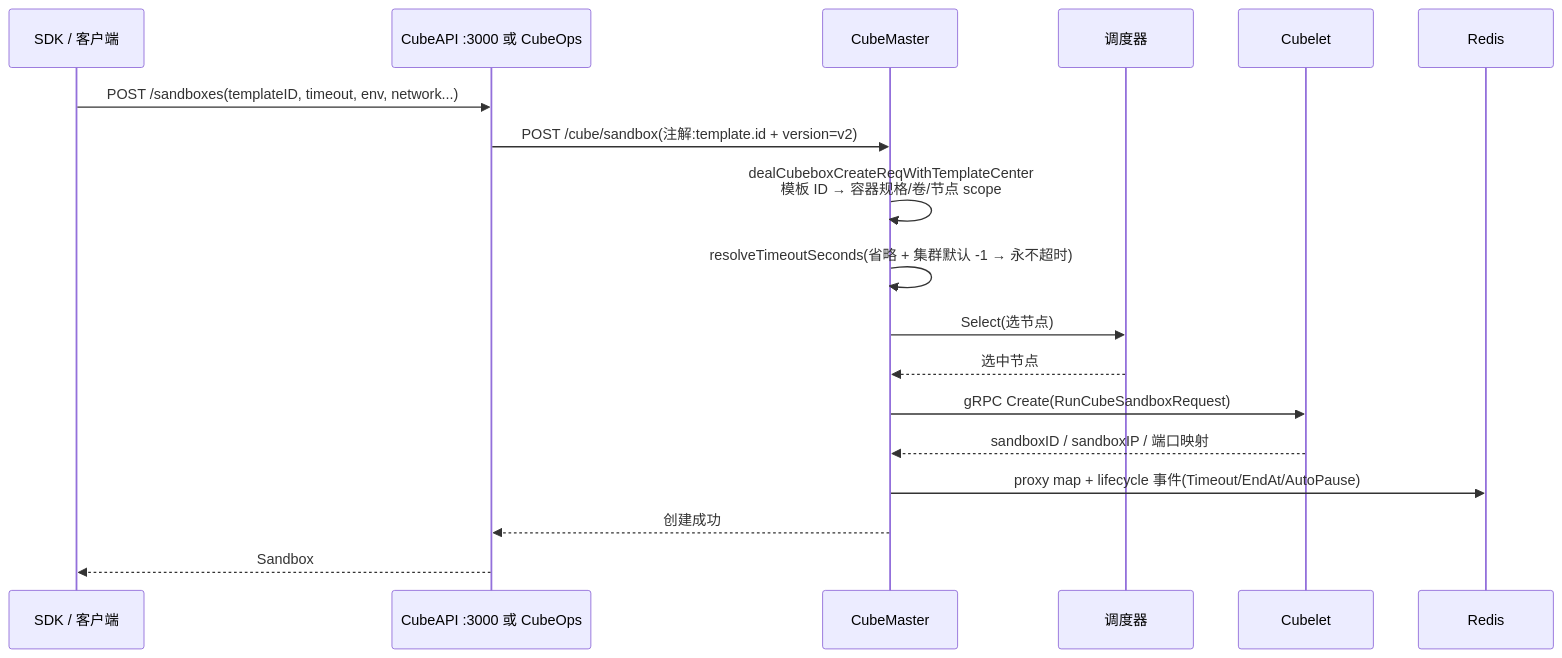
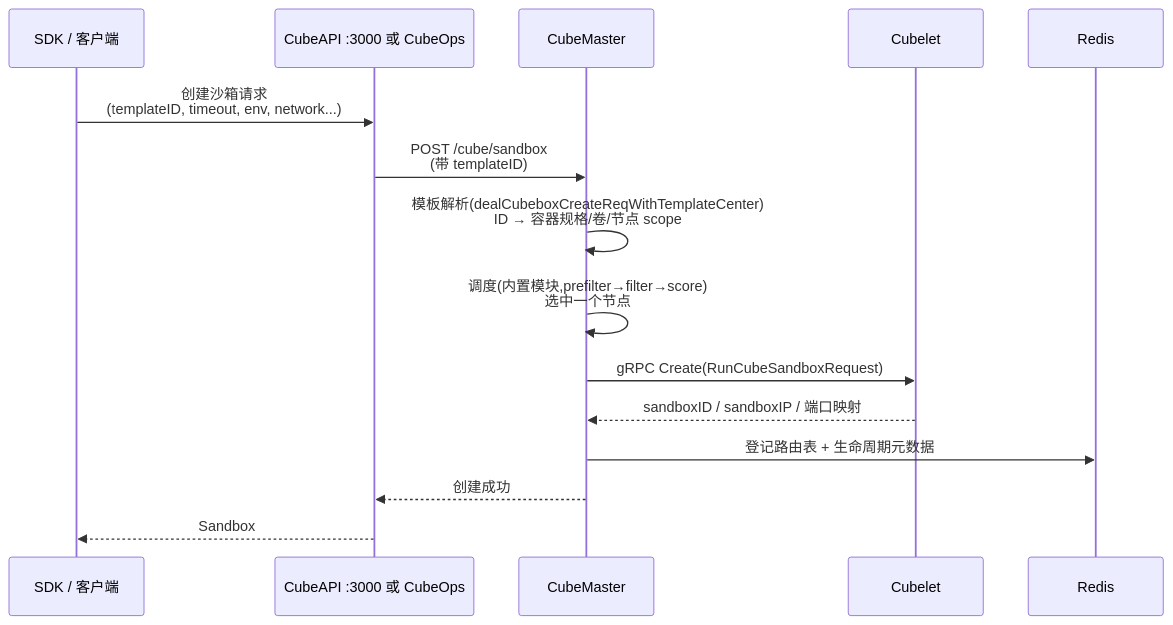
Before and after one commit to yangjinqian128/note: the fourth of 5 diagrams in cube/cube-template-creation-flow.md, drawn with Mermaid. The commit also changed other lines of this file and 7 other files, not shown here.

````diff
--- a/cube/cube-template-creation-flow.md
+++ b/cube/cube-template-creation-flow.md
@@ -128,21 +108,18 @@
 ```mermaid
 sequenceDiagram
     participant SDK as SDK / 客户端
     participant API as CubeAPI :3000 或 CubeOps
     participant CM as CubeMaster
-    participant SCH as 调度器
     participant CL as Cubelet
     participant R as Redis
 
-    SDK->>API: POST /sandboxes(templateID, timeout, env, network...)
-    API->>CM: POST /cube/sandbox(注解:template.id + version=v2)
-    CM->>CM: dealCubeboxCreateReqWithTemplateCenter<br/>模板 ID → 容器规格/卷/节点 scope
-    CM->>CM: resolveTimeoutSeconds(省略 + 集群默认 -1 → 永不超时)
-    CM->>SCH: Select(选节点)
-    SCH-->>CM: 选中节点
+    SDK->>API: 创建沙箱请求<br/>(templateID, timeout, env, network...)
+    API->>CM: POST /cube/sandbox<br/>(带 templateID)
+    CM->>CM: 模板解析(dealCubeboxCreateReqWithTemplateCenter)<br/>ID → 容器规格/卷/节点 scope
+    CM->>CM: 调度(内置模块,prefilter→filter→score)<br/>选中一个节点
     CM->>CL: gRPC Create(RunCubeSandboxRequest)
     CL-->>CM: sandboxID / sandboxIP / 端口映射
-    CM->>R: proxy map + lifecycle 事件(Timeout/EndAt/AutoPause)
+    CM->>R: 登记路由表 + 生命周期元数据
     CM-->>API: 创建成功
     API-->>SDK: Sandbox
 ```
````
